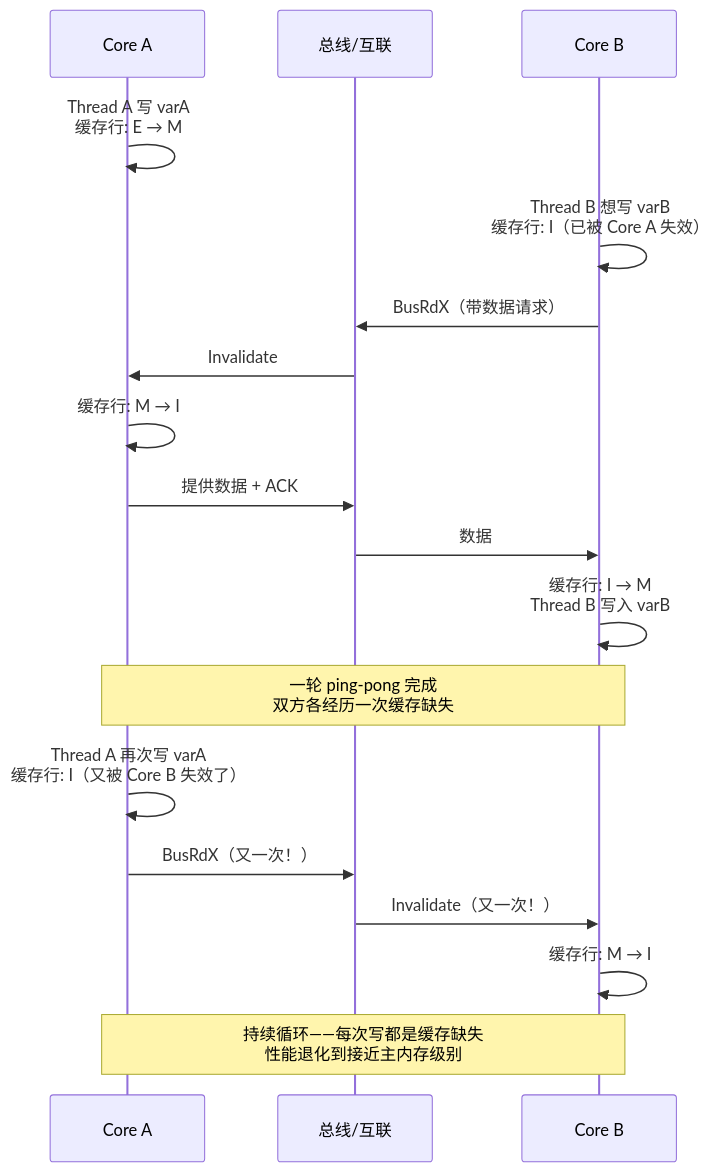
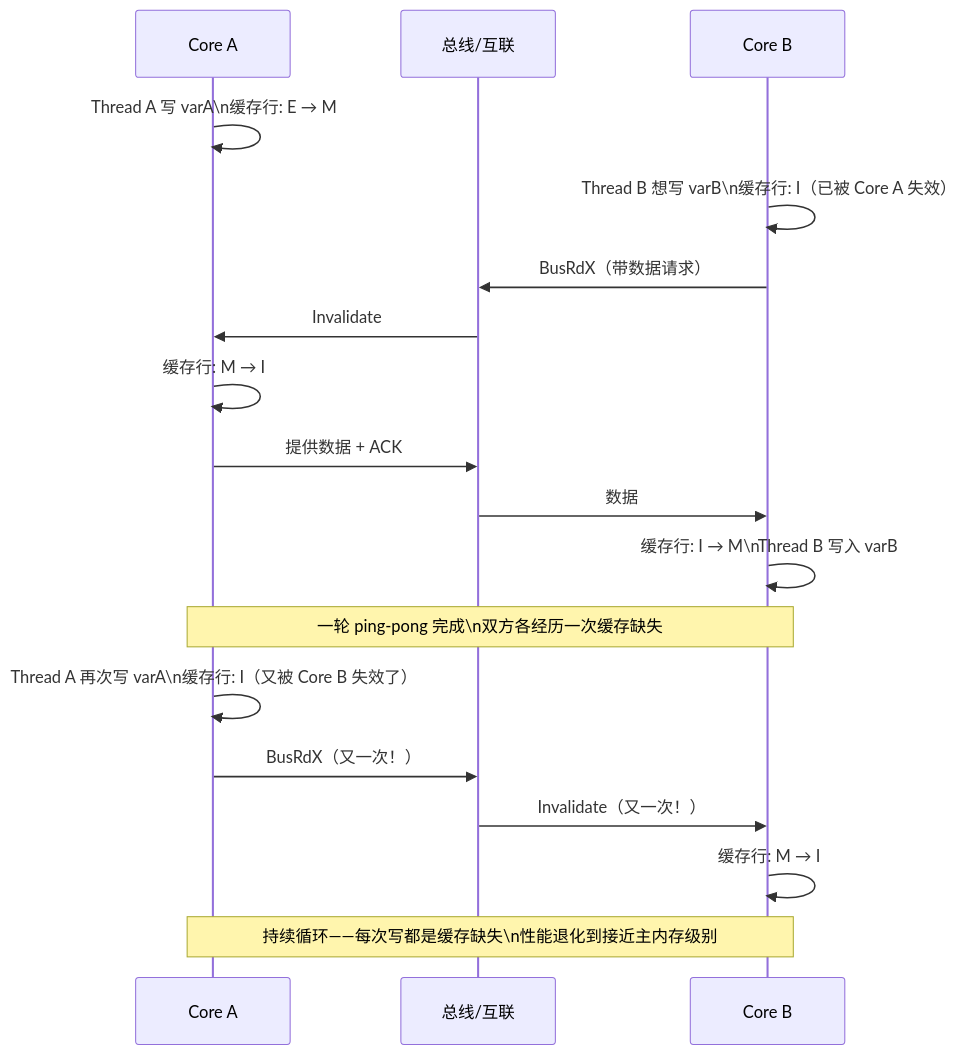
The ninth of 11 diagrams in content/posts/concurrency/MesiAndJmm.md (yaocat55/yaocat55.github.io), drawn with Mermaid before and after one commit. The commit also changed other lines of this file and 155 other files, not shown here.

````diff
--- a/content/posts/concurrency/MesiAndJmm.md
+++ b/content/posts/concurrency/MesiAndJmm.md
@@ -664,22 +678,22 @@
 ```mermaid
 sequenceDiagram
     participant CA as Core A
     participant BUS as 总线/互联
     participant CB as Core B
 
-    CA->>CA: Thread A 写 varA<br/>缓存行: E → M
-    CB->>CB: Thread B 想写 varB<br/>缓存行: I（已被 Core A 失效）
+    CA->>CA: Thread A 写 varA\n缓存行: E → M
+    CB->>CB: Thread B 想写 varB\n缓存行: I（已被 Core A 失效）
     CB->>BUS: BusRdX（带数据请求）
     BUS->>CA: Invalidate
     CA->>CA: 缓存行: M → I
     CA->>BUS: 提供数据 + ACK
     BUS->>CB: 数据
-    CB->>CB: 缓存行: I → M<br/>Thread B 写入 varB
-    Note over CA,CB: 一轮 ping-pong 完成<br/>双方各经历一次缓存缺失
+    CB->>CB: 缓存行: I → M\nThread B 写入 varB
+    Note over CA,CB: 一轮 ping-pong 完成\n双方各经历一次缓存缺失
 
-    CA->>CA: Thread A 再次写 varA<br/>缓存行: I（又被 Core B 失效了）
+    CA->>CA: Thread A 再次写 varA\n缓存行: I（又被 Core B 失效了）
     CA->>BUS: BusRdX（又一次！）
     BUS->>CB: Invalidate（又一次！）
     CB->>CB: 缓存行: M → I
-    Note over CA,CB: 持续循环——每次写都是缓存缺失<br/>性能退化到接近主内存级别
+    Note over CA,CB: 持续循环——每次写都是缓存缺失\n性能退化到接近主内存级别
 ```
````
